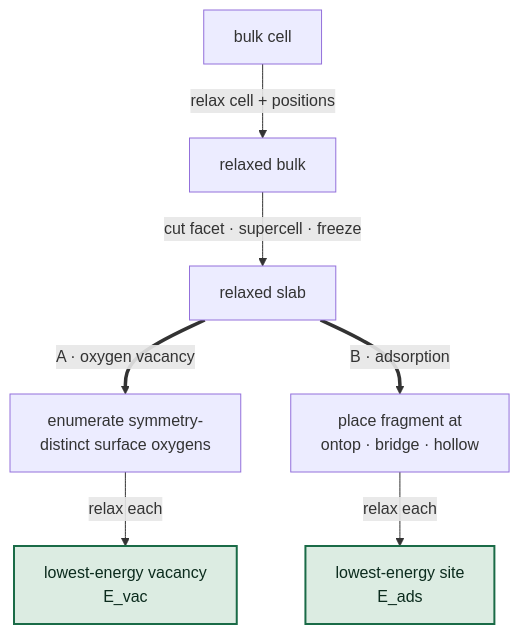
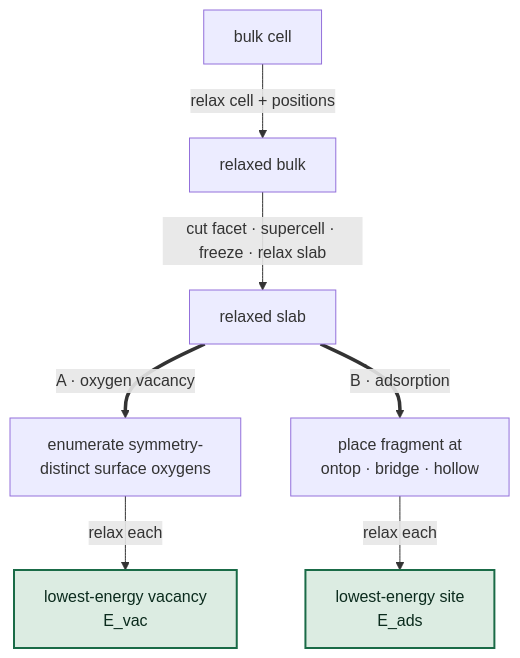
The diagram in README.md (dehydrogenated/oxideflow), drawn with Mermaid before and after one commit.

Commit message:
Modify diagram to add 'relax slab' step
Updated the flow in the diagram to include 'relax slab'.

````diff
--- a/README.md
+++ b/README.md
@@ -17,14 +17,14 @@
 ```mermaid
 graph TD
     A["bulk cell"] -->|"relax cell + positions"| B["relaxed bulk"]
-    B -->|"cut facet · supercell · freeze"| C["relaxed slab"]
+    B -->|"cut facet · supercell · freeze · relax slab"| C["relaxed slab"]
 
     C ==>|"A · oxygen vacancy"| D["enumerate symmetry-<br/>distinct surface oxygens"]
     D -->|"relax each"| E["lowest-energy vacancy<br/>E_vac"]
 
     C ==>|"B · adsorption"| F["place fragment at<br/>ontop · bridge · hollow"]
     F -->|"relax each"| G["lowest-energy site<br/>E_ads"]
 
     classDef result fill:#dcece2,stroke:#1a6b47,stroke-width:2px,color:#0b2b1d
     class E,G result
 ```
````
